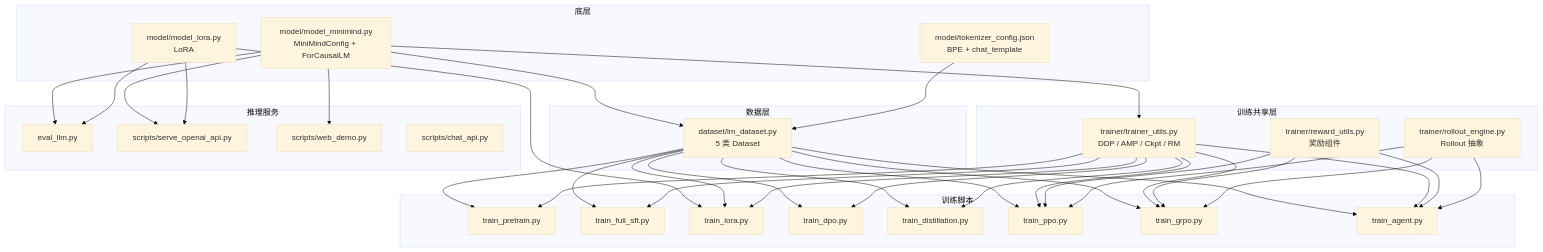
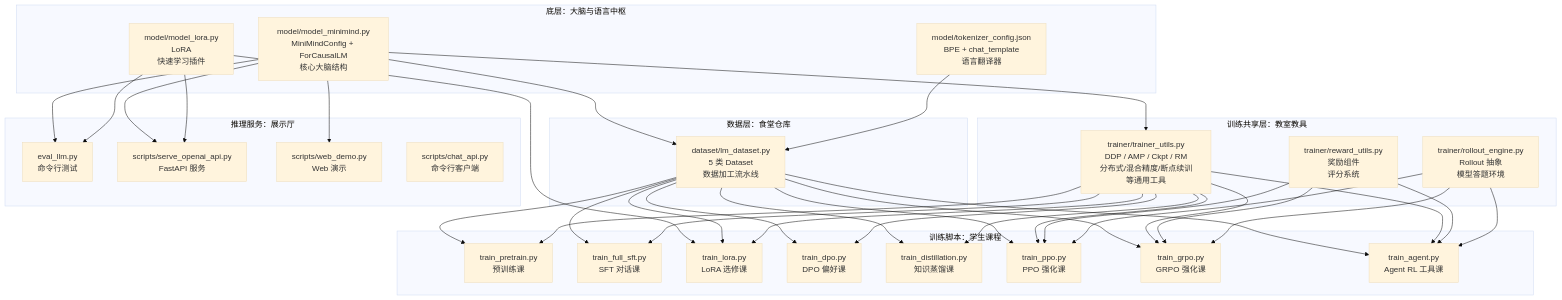
Before and after one commit to Leavesfly/minimind: the first of 2 diagrams in docs/02-architecture.md, drawn with Mermaid (base theme). The commit also changed other lines of this file and 16 other files, not shown here.

````diff
--- a/docs/02-architecture.md
+++ b/docs/02-architecture.md
@@ -50,47 +54,47 @@
 ```mermaid
 graph TD
-    subgraph Layer1[底层]
-        A1[model/model_minimind.py<br/>MiniMindConfig + ForCausalLM]
-        A2[model/model_lora.py<br/>LoRA]
-        A3[model/tokenizer_config.json<br/>BPE + chat_template]
+    subgraph Layer1[底层：大脑与语言中枢]
+        A1[model/model_minimind.py<br/>MiniMindConfig + ForCausalLM<br/>核心大脑结构]
+        A2[model/model_lora.py<br/>LoRA<br/>快速学习插件]
+        A3[model/tokenizer_config.json<br/>BPE + chat_template<br/>语言翻译器]
     end
 
-    subgraph Layer2[数据层]
-        B1[dataset/lm_dataset.py<br/>5 类 Dataset]
+    subgraph Layer2[数据层：食堂仓库]
+        B1[dataset/lm_dataset.py<br/>5 类 Dataset<br/>数据加工流水线]
     end
 
-    subgraph Layer3[训练共享层]
-        C1[trainer/trainer_utils.py<br/>DDP / AMP / Ckpt / RM]
-        C2[trainer/reward_utils.py<br/>奖励组件]
-        C3[trainer/rollout_engine.py<br/>Rollout 抽象]
+    subgraph Layer3[训练共享层：教室教具]
+        C1[trainer/trainer_utils.py<br/>DDP / AMP / Ckpt / RM<br/>分布式/混合精度/断点续训等通用工具]
+        C2[trainer/reward_utils.py<br/>奖励组件<br/>评分系统]
+        C3[trainer/rollout_engine.py<br/>Rollout 抽象<br/>模型答题环境]
     end
 
-    subgraph Layer4[训练脚本]
-        D1[train_pretrain.py]
-        D2[train_full_sft.py]
-        D3[train_lora.py]
-        D4[train_dpo.py]
-        D5[train_distillation.py]
-        D6[train_ppo.py]
-        D7[train_grpo.py]
-        D8[train_agent.py]
+    subgraph Layer4[训练脚本：学生课程]
+        D1[train_pretrain.py<br/>预训练课]
+        D2[train_full_sft.py<br/>SFT 对话课]
+        D3[train_lora.py<br/>LoRA 选修课]
+        D4[train_dpo.py<br/>DPO 偏好课]
+        D5[train_distillation.py<br/>知识蒸馏课]
+        D6[train_ppo.py<br/>PPO 强化课]
+        D7[train_grpo.py<br/>GRPO 强化课]
+        D8[train_agent.py<br/>Agent RL 工具课]
     end
 
-    subgraph Layer5[推理服务]
-        E1[eval_llm.py]
-        E2[scripts/serve_openai_api.py]
-        E3[scripts/web_demo.py]
-        E4[scripts/chat_api.py]
+    subgraph Layer5[推理服务：展示厅]
+        E1[eval_llm.py<br/>命令行测试]
+        E2[scripts/serve_openai_api.py<br/>FastAPI 服务]
+        E3[scripts/web_demo.py<br/>Web 演示]
+        E4[scripts/chat_api.py<br/>命令行客户端]
     end
 
     A1 --> B1
     A3 --> B1
     A1 --> C1
     A2 --> D3
     B1 --> D1 & D2 & D3 & D4 & D5 & D6 & D7 & D8
     C1 --> D1 & D2 & D3 & D4 & D5 & D6 & D7 & D8
     C2 --> D6 & D7 & D8
     C3 --> D6 & D7 & D8
     A1 --> E1 & E2 & E3
     A2 --> E1 & E2
 ```
````
